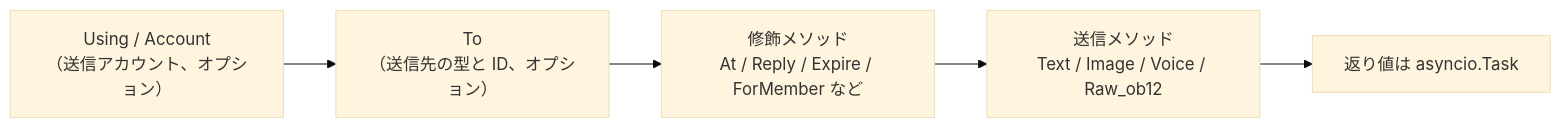
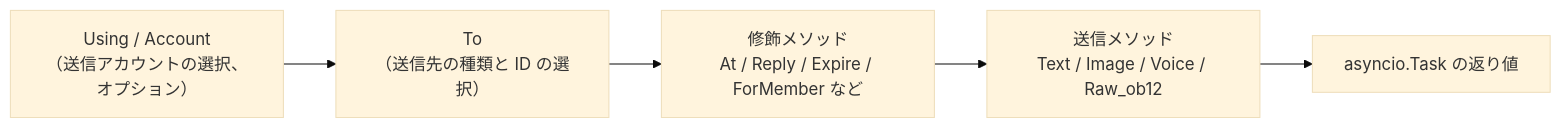
Before and after one commit to ErisPulse/ErisPulse: the first of 2 diagrams in docs/ja/developer-guide/adapters/send-dsl.md, drawn with Mermaid (base theme). The commit also changed other lines of this file and 622 other files, not shown here.

````diff
--- a/docs/ja/developer-guide/adapters/send-dsl.md
+++ b/docs/ja/developer-guide/adapters/send-dsl.md
@@ -33,7 +33,7 @@
 ```mermaid
 flowchart LR
-    A["Using / Account<br/>（送信アカウント、オプション）"] --> B["To<br/>（送信先の型と ID、オプション）"]
+    A["Using / Account<br/>（送信アカウントの選択、オプション）"] --> B["To<br/>（送信先の種類と ID の選択）"]
     B --> C["修飾メソッド<br/>At / Reply / Expire / ForMember など"]
     C --> D["送信メソッド<br/>Text / Image / Voice / Raw_ob12"]
-    D --> E["返り値は asyncio.Task"]
+    D --> E["asyncio.Task の返り値"]
 ```
````
